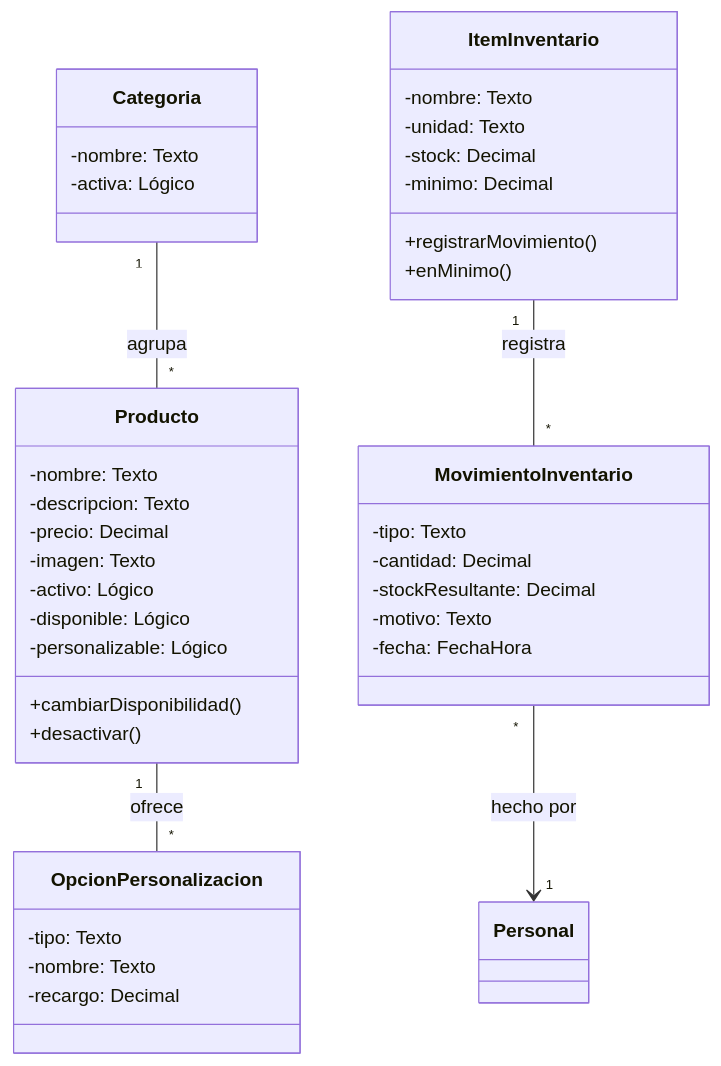
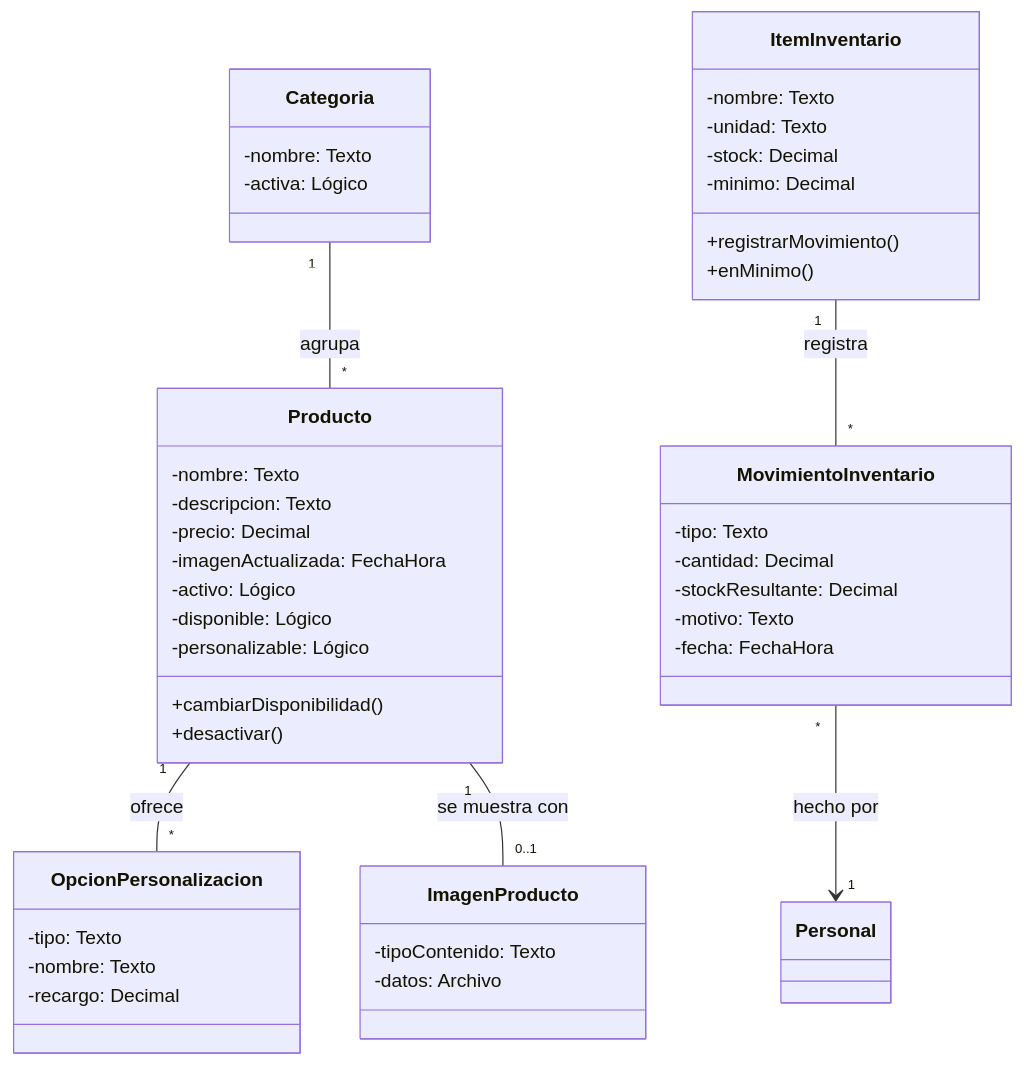
One commit to Anton10-AR/DulcesAromas changed the fifth of 11 diagrams in docs/04-modelos-uml.md. Above: the diagram before and after it, drawn with Mermaid. The commit also changed other lines of this file, not shown here.

Commit message:
Modelos UML: ImagenProducto, Comprobante y QrMetodoPago en el diagrama de clases; atributos y componentes como en el código (RNF17)

````diff
--- a/docs/04-modelos-uml.md
+++ b/docs/04-modelos-uml.md
@@ -202,43 +202,48 @@
 ```mermaid
 classDiagram
   class Categoria {
     -nombre: Texto
     -activa: Lógico
   }
   class Producto {
     -nombre: Texto
     -descripcion: Texto
     -precio: Decimal
-    -imagen: Texto
+    -imagenActualizada: FechaHora
     -activo: Lógico
     -disponible: Lógico
     -personalizable: Lógico
     +cambiarDisponibilidad()
     +desactivar()
   }
   class OpcionPersonalizacion {
     -tipo: Texto
     -nombre: Texto
     -recargo: Decimal
+  }
+  class ImagenProducto {
+    -tipoContenido: Texto
+    -datos: Archivo
   }
   class ItemInventario {
     -nombre: Texto
     -unidad: Texto
     -stock: Decimal
     -minimo: Decimal
     +registrarMovimiento()
     +enMinimo()
   }
   class MovimientoInventario {
     -tipo: Texto
     -cantidad: Decimal
     -stockResultante: Decimal
     -motivo: Texto
     -fecha: FechaHora
   }
   class Personal
   Categoria "1" -- "*" Producto : agrupa
   Producto "1" -- "*" OpcionPersonalizacion : ofrece
+  Producto "1" -- "0..1" ImagenProducto : se muestra con
   ItemInventario "1" -- "*" MovimientoInventario : registra
   MovimientoInventario "*" --> "1" Personal : hecho por
 ```
````
